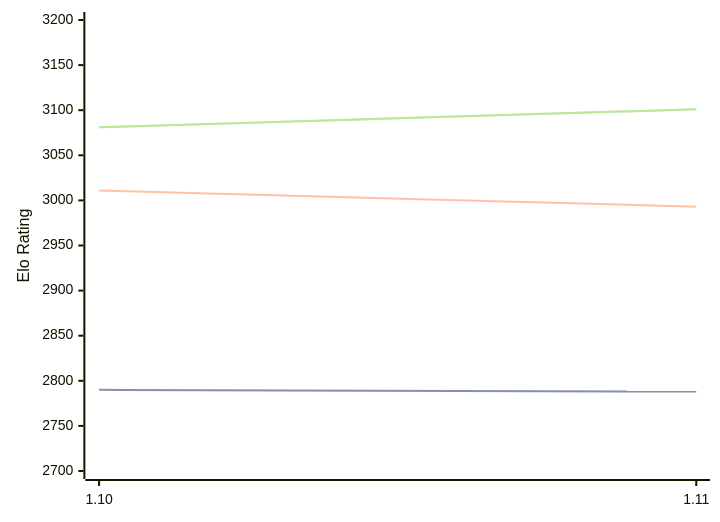
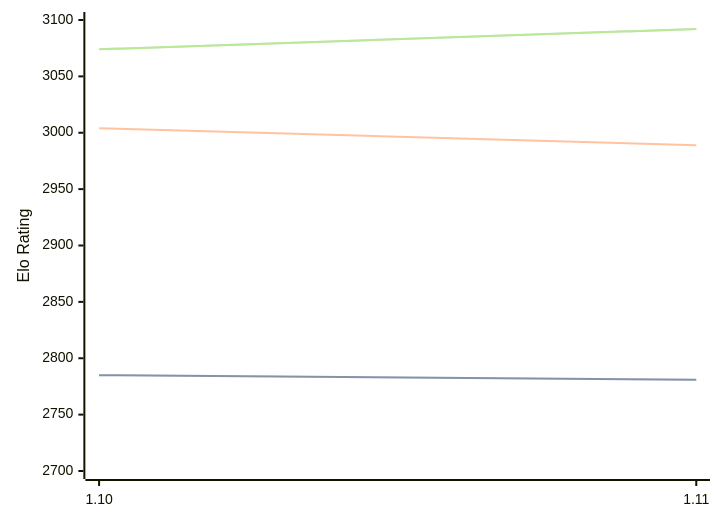
One commit to computer-chess-index/cci changed the diagram in engines/Roc.md. Above: the diagram before and after it, drawn with Mermaid. The commit also changed other lines of this file, not shown here.

Commit message:
Update CCI Ratings (ELO VLTC) - 2026-05-18

````diff
--- a/engines/Roc.md
+++ b/engines/Roc.md
@@ -65,11 +65,11 @@
 ```mermaid
 %%{init: {"theme":"base","themeVariables":{"seriesColors:['#a3a3a3','#222221','#faa371']}}}%%
 xychart-beta
   x-axis ["1.10", "1.11"]
-  y-axis "Elo Rating" 2700 --> 3200
-  line "STC (8.0+0.08s)" [2790, 2788]
-  line "STC (8.0+0.08s)" [2790, 2788]
-  line "LTC (60.0+0.60s)" [3011, 2993]
-  line "VLTC (2m24s+1.12s)" [3081, 3101]
-  line "VLTC (2m24s+1.12s)" [3081, 3101]
+  y-axis "Elo Rating" 2700 --> 3100
+  line "STC (8.0+0.08s)" [2785, 2781]
+  line "STC (8.0+0.08s)" [2785, 2781]
+  line "LTC (60.0+0.60s)" [3004, 2989]
+  line "VLTC (2m24s+1.12s)" [3074, 3092]
+  line "VLTC (2m24s+1.12s)" [3074, 3092]
 ```
````
